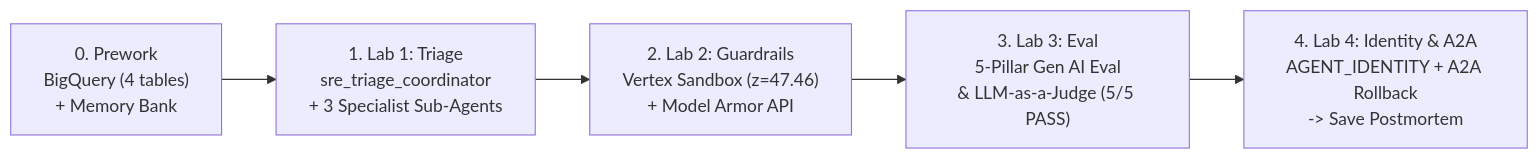
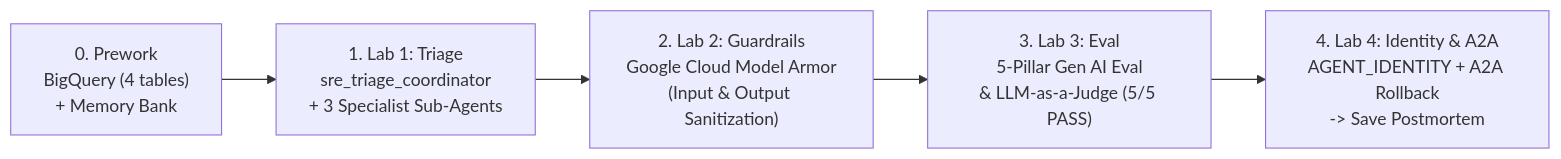
One commit to kanchpat/sre-agent changed the first of 2 diagrams in ARCHITECTURE.md. Above: the diagram before and after it, drawn with Mermaid. The commit also changed other lines of this file and 13 other files, not shown here.

Commit message:
Remove Sandbox from Lab 2 and clarify Model Armor Input -> Verdict -> Output

````diff
--- a/ARCHITECTURE.md
+++ b/ARCHITECTURE.md
@@ -10,7 +10,7 @@
 ```mermaid
 flowchart LR
     Pre["0. Prework\nBigQuery (4 tables)\n+ Memory Bank"] --> L1["1. Lab 1: Triage\nsre_triage_coordinator\n+ 3 Specialist Sub-Agents"]
-    L1 --> L2["2. Lab 2: Guardrails\nVertex Sandbox (z=47.46)\n+ Model Armor API"]
+    L1 --> L2["2. Lab 2: Guardrails\nGoogle Cloud Model Armor\n(Input & Output Sanitization)"]
     L2 --> L3["3. Lab 3: Eval\n5-Pillar Gen AI Eval\n& LLM-as-a-Judge (5/5 PASS)"]
     L3 --> L4["4. Lab 4: Identity & A2A\nAGENT_IDENTITY + A2A Rollback\n-> Save Postmortem"]
 ```
````
